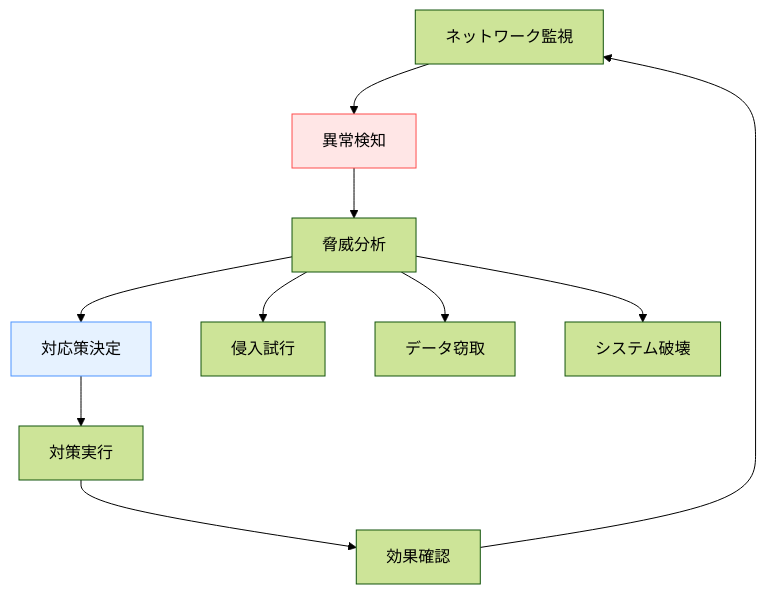
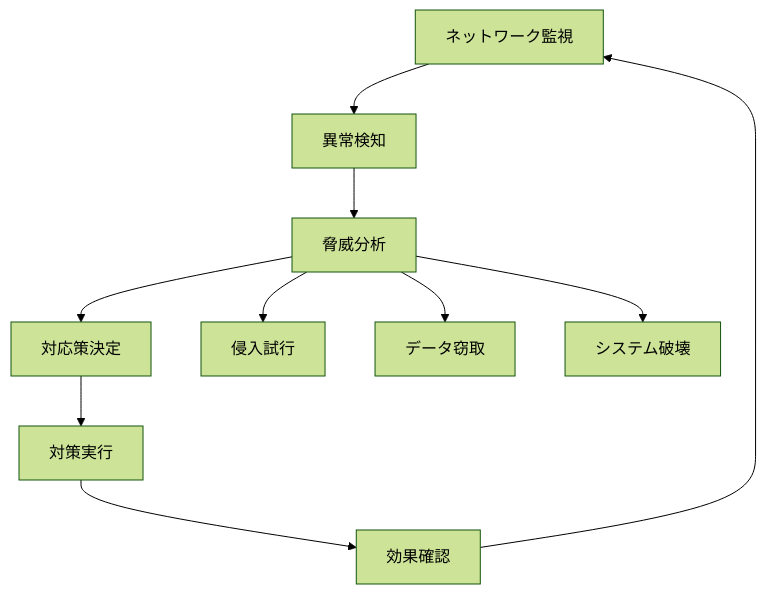
One commit to shuji-bonji/Situational-Awareness-and-Decision-Making changed the fifth of 8 diagrams in docs/applications/military-sa.md. Above: the diagram before and after it, drawn with Mermaid (forest theme). The commit also changed other lines of this file and 49 other files, not shown here.

Commit message:
fix: ダークモードで見づらい図の色の変更

````diff
--- a/docs/applications/military-sa.md
+++ b/docs/applications/military-sa.md
@@ -308,16 +308,16 @@
 ```mermaid
 graph TD
     A[ネットワーク監視] --> B[異常検知]
     B --> C[脅威分析]
     C --> D[対応策決定]
     D --> E[対策実行]
     E --> F[効果確認]
     F --> A
     
     C --> G[侵入試行]
     C --> H[データ窃取]
     C --> I[システム破壊]
     
-    style B fill:#ffe6e6,stroke:#ff4d4d
-    style D fill:#e6f2ff,stroke:#4d94ff
+
+
 ```
````
